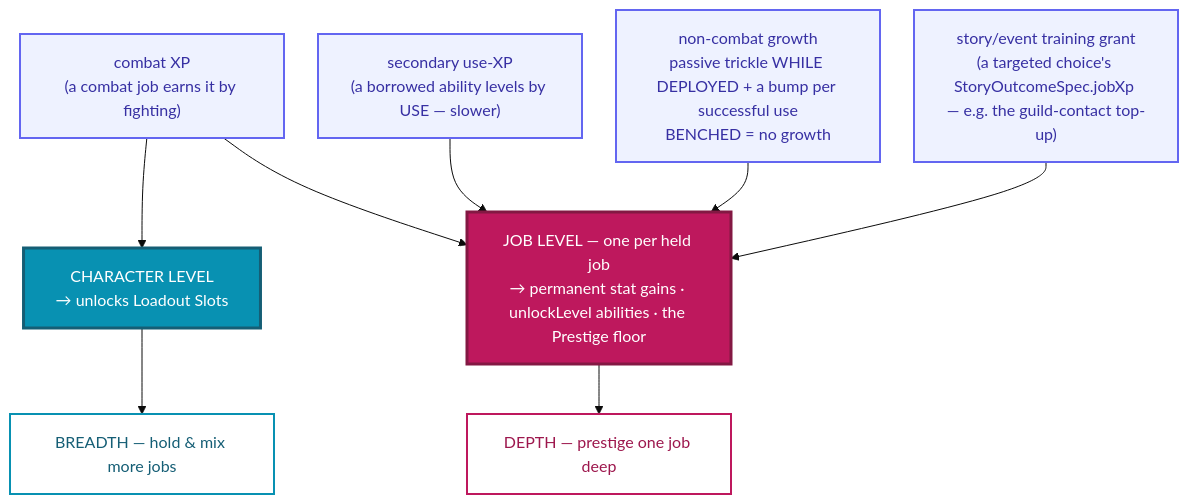
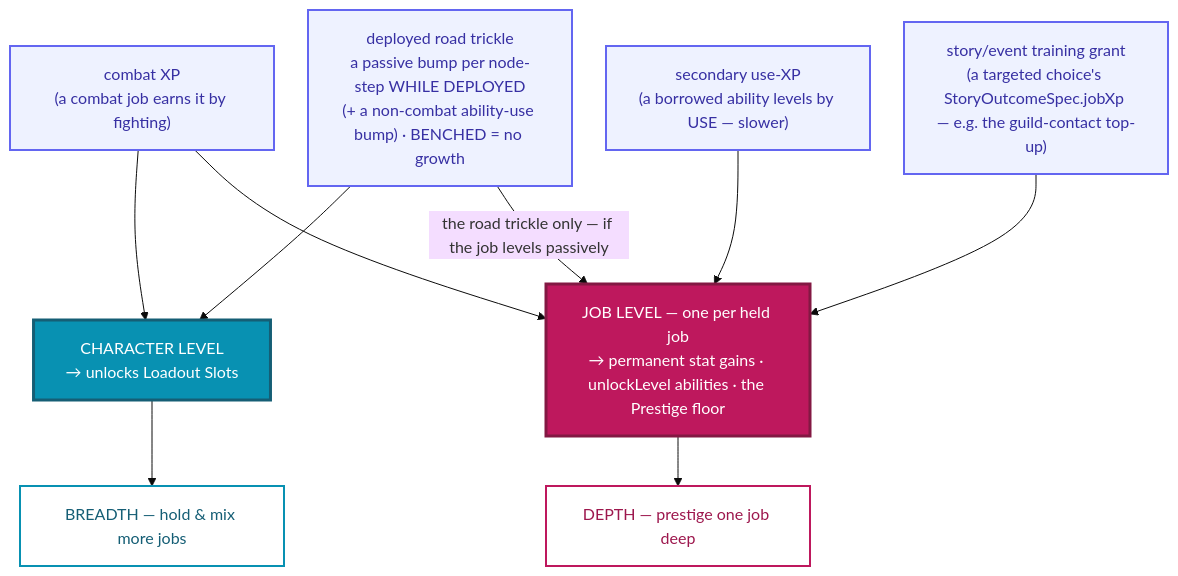
Before and after one commit to goplemms/campfire-tactics: the diagram in docs/design/atlas/jobs/07-leveling.md, drawn with Mermaid. The commit also changed other lines of this file and 8 other files, not shown here.

First line of the commit message:
feat(leveling): road trickle → character + per-job passiveXp route (D93); prestige rules are heuristics (D94)

````diff
--- a/docs/design/atlas/jobs/07-leveling.md
+++ b/docs/design/atlas/jobs/07-leveling.md
@@ -7,28 +7,29 @@
 ```mermaid
 %%{init: {'theme':'base','themeVariables':{'fontSize':'16px','fontFamily':'ui-sans-serif, system-ui, sans-serif'},'flowchart':{'nodeSpacing':34,'rankSpacing':50,'padding':16}}}%%
 flowchart TB
   COMBATXP["combat XP<br/>(a combat job earns it by fighting)"]:::src
   USEXP["secondary use-XP<br/>(a borrowed ability levels by USE — slower)"]:::src
-  NCXP["non-combat growth<br/>passive trickle WHILE DEPLOYED + a bump per successful use<br/>BENCHED = no growth"]:::src
+  NCXP["deployed road trickle<br/>a passive bump per node-step WHILE DEPLOYED<br/>(+ a non-combat ability-use bump) · BENCHED = no growth"]:::src
   STORYXP["story/event training grant<br/>(a targeted choice's StoryOutcomeSpec.jobXp — e.g. the guild-contact top-up)"]:::src
 
   CHARLVL["CHARACTER LEVEL<br/>→ unlocks Loadout Slots"]:::char
   JOBLVL["JOB LEVEL — one per held job<br/>→ permanent stat gains · unlockLevel abilities · the Prestige floor"]:::job
 
   BREADTH["BREADTH — hold &amp; mix more jobs"]:::breadth
   DEPTH["DEPTH — prestige one job deep"]:::depth
 
   COMBATXP --> CHARLVL
   COMBATXP --> JOBLVL
   USEXP --> JOBLVL
-  NCXP --> JOBLVL
+  NCXP --> CHARLVL
+  NCXP -->|"the road trickle only — if the job levels passively"| JOBLVL
   STORYXP --> JOBLVL
   CHARLVL --> BREADTH
   JOBLVL --> DEPTH
 
   classDef src fill:#EEF2FF,color:#3730A3,stroke:#6366F1,stroke-width:2px
   classDef char fill:#0891B2,color:#ffffff,stroke:#155E75,stroke-width:3px
   classDef job fill:#BE185D,color:#ffffff,stroke:#831843,stroke-width:3px
   classDef breadth fill:#ffffff,color:#155E75,stroke:#0891B2,stroke-width:2px
   classDef depth fill:#ffffff,color:#9D174D,stroke:#BE185D,stroke-width:2px
 ```
````
